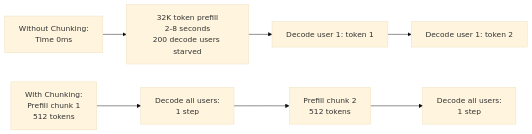
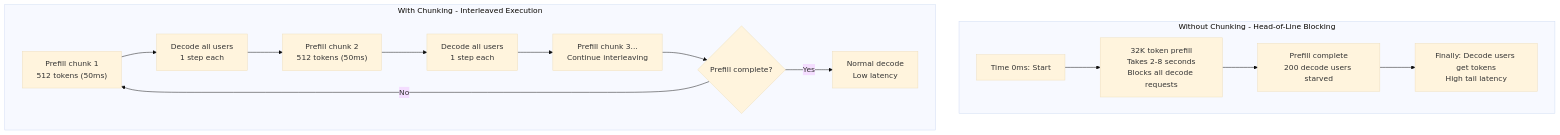
Before and after one commit to Shahriarin2garden/vllm_from_scratch: diagram 29 of 37 in lab0.2/README.md, drawn with Mermaid (base theme). The commit also changed other lines of this file, not shown here.

Commit message:
Enhance diagrams in README.md for clarity and detail on LLM phases and chunking strategies

````diff
--- a/lab0.2/README.md
+++ b/lab0.2/README.md
@@ -948,8 +961,18 @@
 ```mermaid
-graph LR
-    WO1["Without Chunking:<br/>Time 0ms"] --> WO2["32K token prefill<br/>2-8 seconds<br/>200 decode users starved"]
-    WO2 --> WO3["Decode user 1: token 1"] --> WO4["Decode user 1: token 2"]
+graph TD
+    subgraph WithoutChunking["Without Chunking - Head-of-Line Blocking"]
+        WO1["Time 0ms: Start"] --> WO2["32K token prefill<br/>Takes 2-8 seconds<br/>Blocks all decode requests"]
+        WO2 --> WO3["Prefill complete<br/>200 decode users starved"]
+        WO3 --> WO4["Finally: Decode users get tokens<br/>High tail latency"]
+    end
     
-    WC1["With Chunking:<br/>Prefill chunk 1<br/>512 tokens"] --> WC2["Decode all users:<br/>1 step"]
-    WC2 --> WC3["Prefill chunk 2<br/>512 tokens"] --> WC4["Decode all users:<br/>1 step"]
+    subgraph WithChunking["With Chunking - Interleaved Execution"]
+        WC1["Prefill chunk 1<br/>512 tokens (50ms)"] --> WC2["Decode all users<br/>1 step each"]
+        WC2 --> WC3["Prefill chunk 2<br/>512 tokens (50ms)"]
+        WC3 --> WC4["Decode all users<br/>1 step each"]
+        WC4 --> WC5["Prefill chunk 3...<br/>Continue interleaving"]
+        WC5 --> WC6{"Prefill complete?"}
+        WC6 -->|Yes| WC7["Normal decode<br/>Low latency"]
+        WC6 -->|No| WC1
+    end
 ```
````
